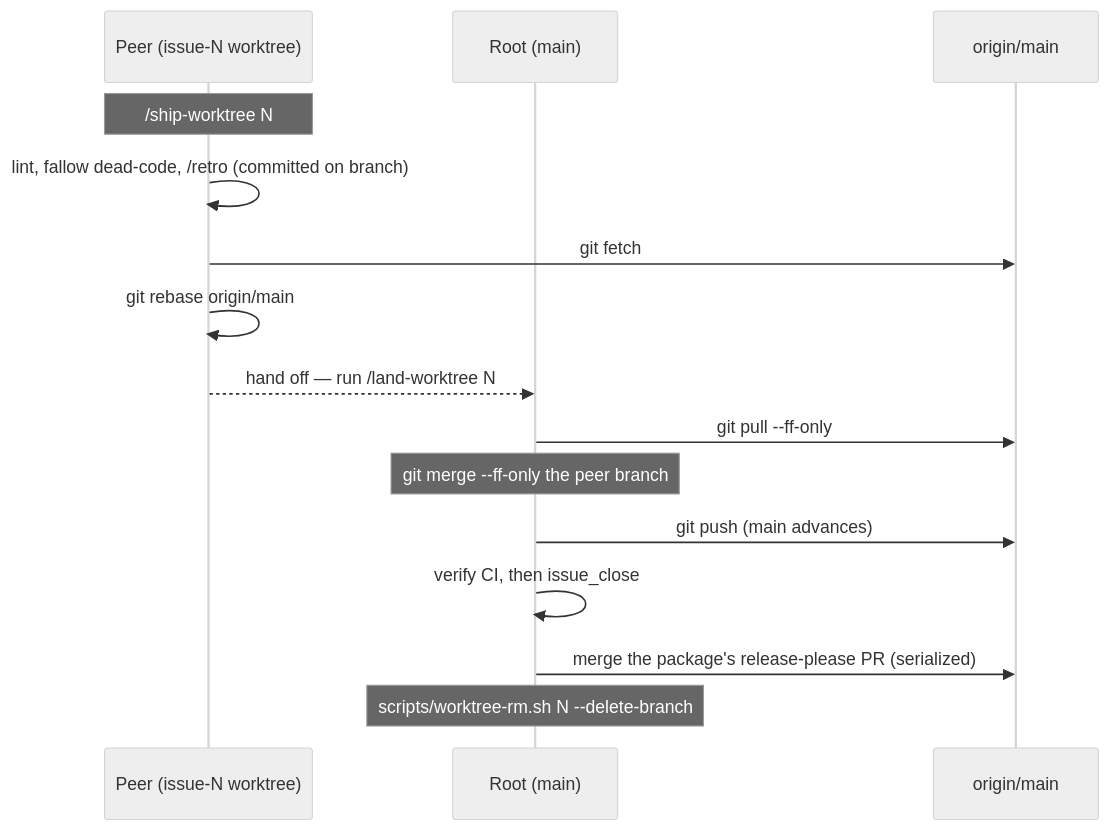
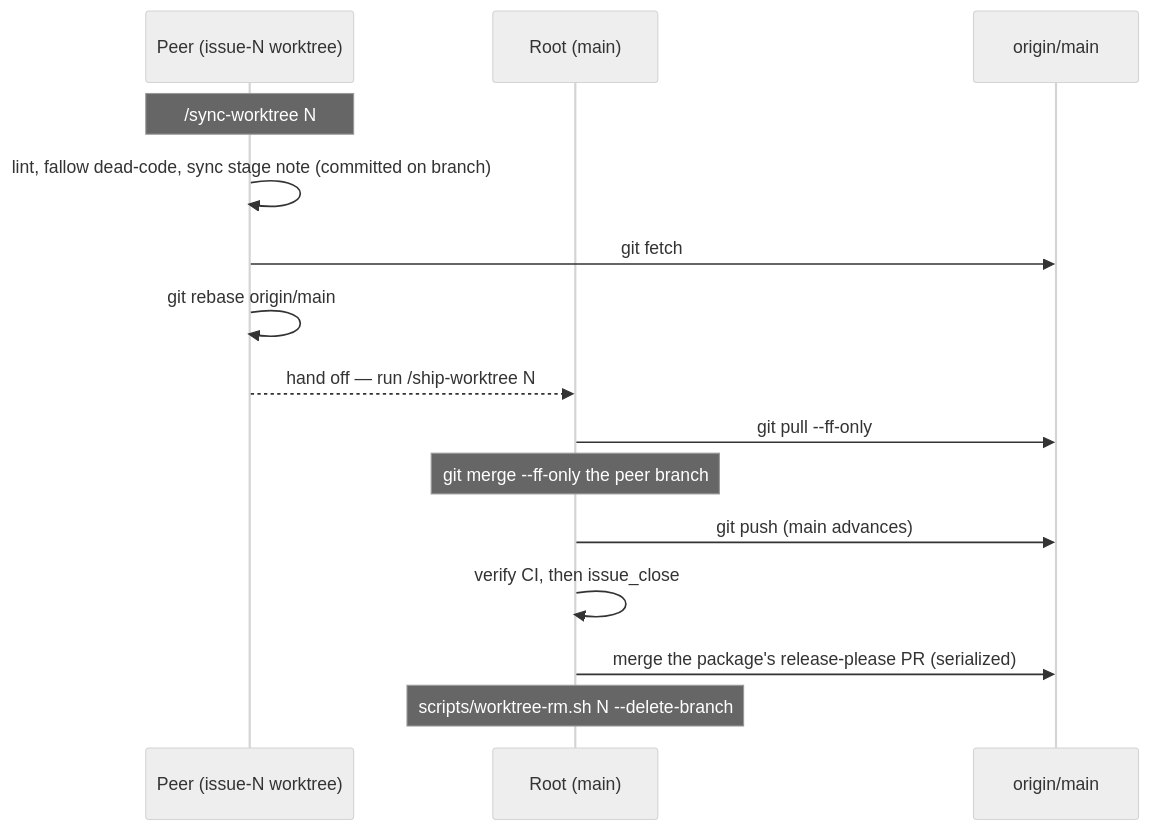
Before and after one commit to gotgenes/pi-packages: the third of 3 diagrams in README.md, drawn with Mermaid (neutral theme). The commit also changed other lines of this file and 1 other file, not shown here.

Commit message:
docs: update AGENTS.md and README for the worktree command rename (#843)

````diff
--- a/README.md
+++ b/README.md
@@ -180,18 +180,18 @@
 ```mermaid
 sequenceDiagram
     participant Peer as Peer (issue-N worktree)
     participant Root as Root (main)
     participant Origin as origin/main
 
-    Note over Peer: /ship-worktree N
-    Peer->>Peer: lint, fallow dead-code, /retro (committed on branch)
+    Note over Peer: /sync-worktree N
+    Peer->>Peer: lint, fallow dead-code, sync stage note (committed on branch)
     Peer->>Origin: git fetch
     Peer->>Peer: git rebase origin/main
-    Peer-->>Root: hand off — run /land-worktree N
+    Peer-->>Root: hand off — run /ship-worktree N
     Root->>Origin: git pull --ff-only
     Note over Root: git merge --ff-only the peer branch
     Root->>Origin: git push (main advances)
     Root->>Root: verify CI, then issue_close
     Root->>Origin: merge the package's release-please PR (serialized)
     Note over Root: scripts/worktree-rm.sh N --delete-branch
 ```
````
